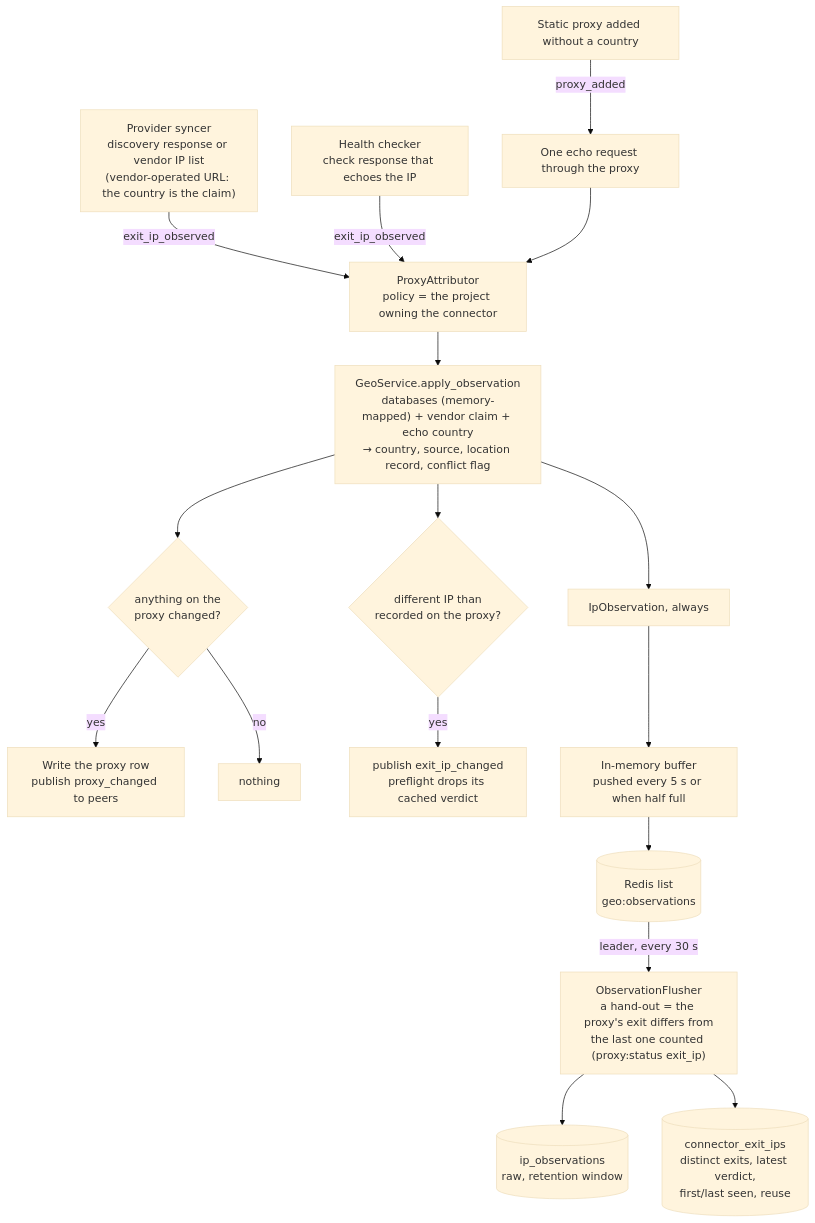
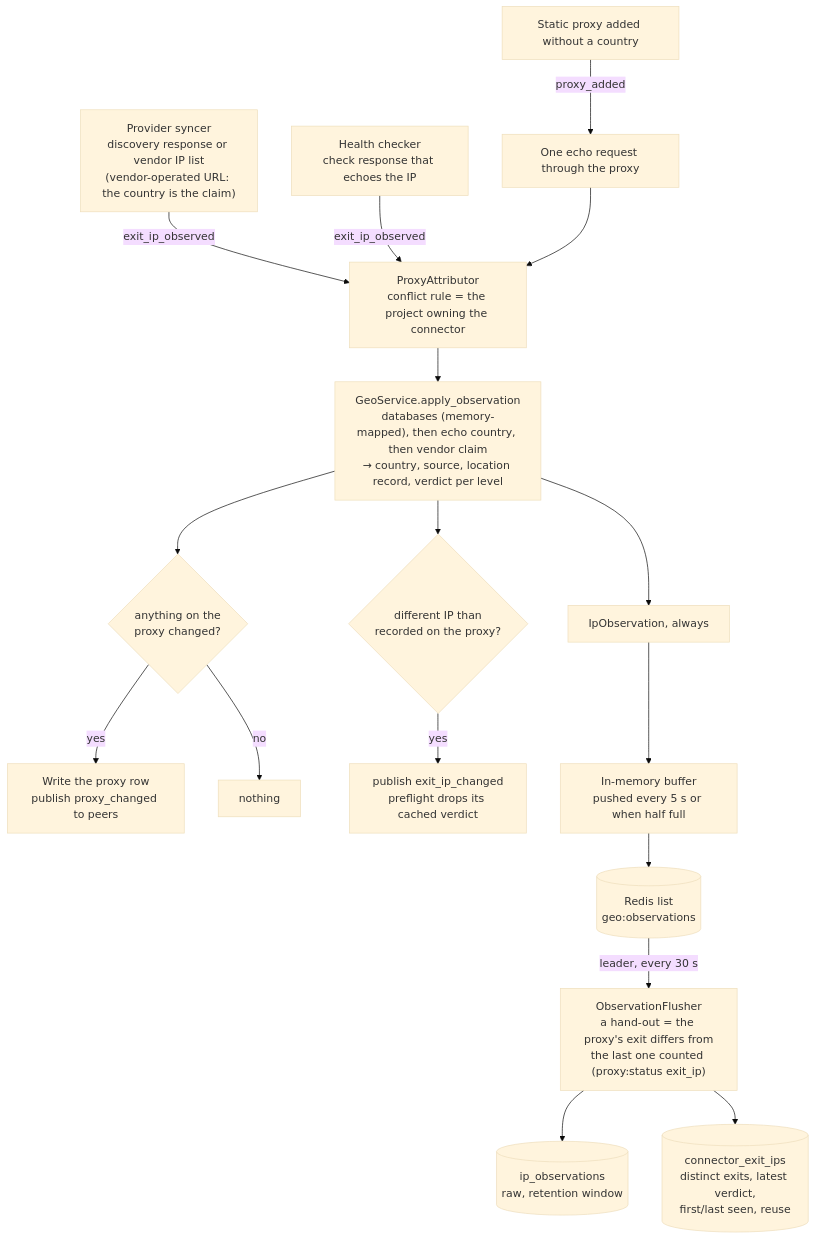
The first of 4 diagrams in docs/ip-attribution.md (octoprox/octoprox), drawn with Mermaid (base theme) before and after one commit. The commit also changed other lines of this file and 46 other files, not shown here.

````diff
--- a/docs/ip-attribution.md
+++ b/docs/ip-attribution.md
@@ -26,19 +26,19 @@
 ```mermaid
 flowchart TD
     syncer["Provider syncer<br/>discovery response or vendor IP list<br/>(vendor-operated URL: the country is the claim)"] -->|exit_ip_observed| attributor
     hc["Health checker<br/>check response that echoes the IP"] -->|exit_ip_observed| attributor
     added["Static proxy added without a country"] -->|proxy_added| echo1["One echo request through the proxy"] --> attributor
-    attributor["ProxyAttributor<br/>policy = the project owning the connector"] --> resolve
-    resolve["GeoService.apply_observation<br/>databases (memory-mapped) + vendor claim + echo country<br/>→ country, source, location record, conflict flag"]
+    attributor["ProxyAttributor<br/>conflict rule = the project owning the connector"] --> resolve
+    resolve["GeoService.apply_observation<br/>databases (memory-mapped), then echo country, then vendor claim<br/>→ country, source, location record, verdict per level"]
     resolve --> changed{"anything on the<br/>proxy changed?"}
     changed -->|yes| write["Write the proxy row<br/>publish proxy_changed to peers"]
     changed -->|no| nothing["nothing"]
     resolve --> moved{"different IP than<br/>recorded on the proxy?"}
     moved -->|yes| drop["publish exit_ip_changed<br/>preflight drops its cached verdict"]
     resolve --> obs["IpObservation, always"]
     obs --> buffer["In-memory buffer<br/>pushed every 5 s or when half full"]
     buffer --> redis[("Redis list<br/>geo:observations")]
     redis -->|leader, every 30 s| flusher["ObservationFlusher<br/>a hand-out = the proxy's exit differs from<br/>the last one counted (proxy:status exit_ip)"]
     flusher --> raw[("ip_observations<br/>raw, retention window")]
     flusher --> exits[("connector_exit_ips<br/>distinct exits, latest verdict,<br/>first/last seen, reuse")]
 ```
````
